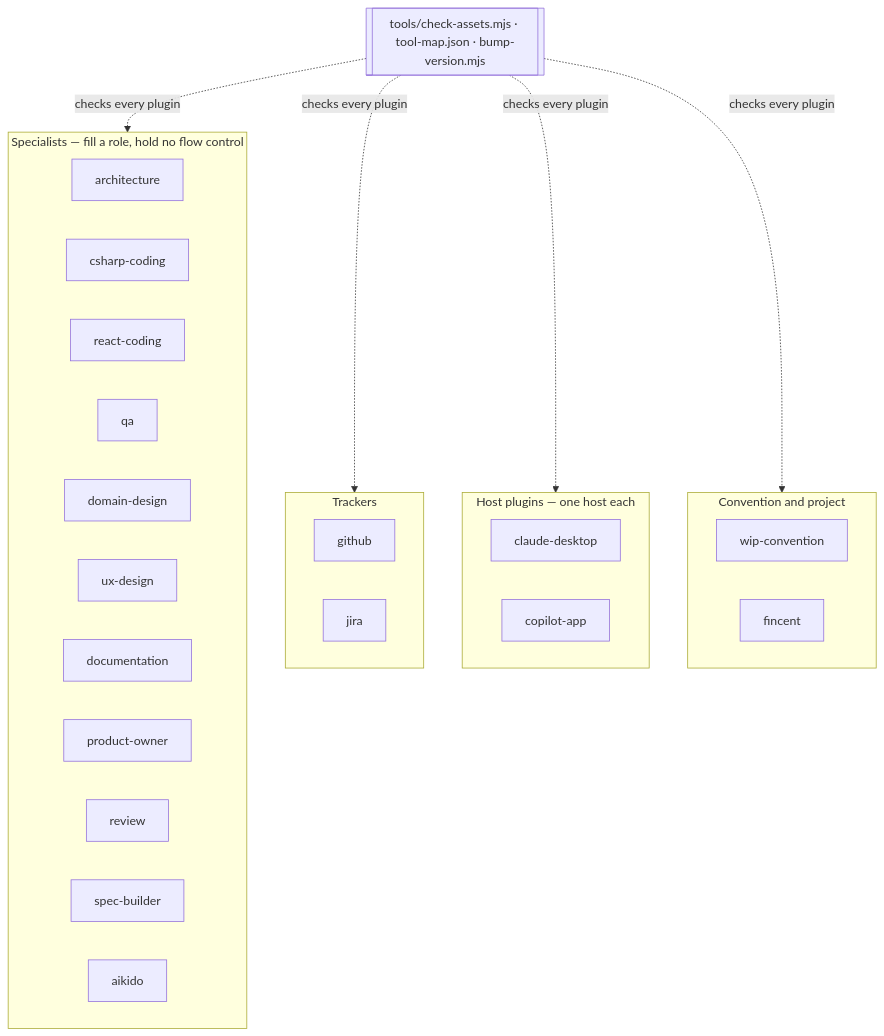
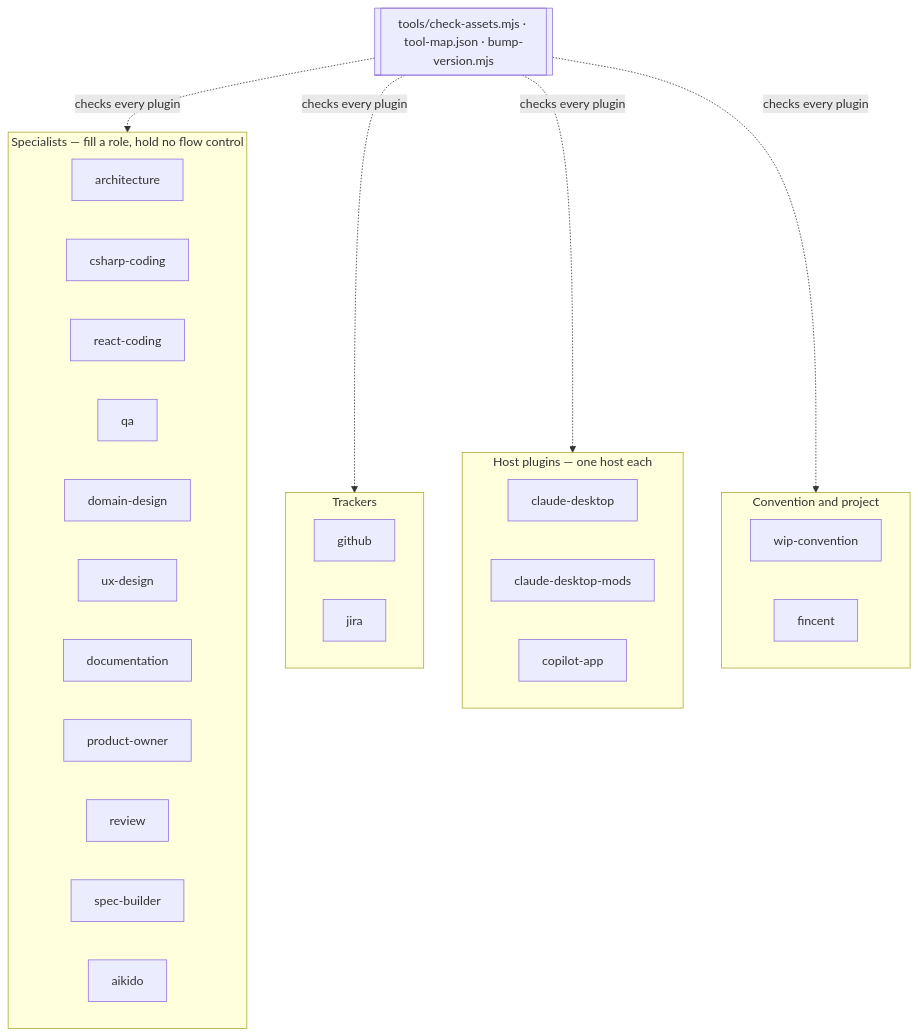
One commit to JSdotNet/ai-plugins changed the diagram in .devbook/arc42/05-building-block-view.md. Above: the diagram before and after it, drawn with Mermaid. The commit also changed other lines of this file and 18 other files, not shown here.

First line of the commit message:
refactor: move the handoff hooks into a claude-desktop-mods plugin

````diff
--- a/.devbook/arc42/05-building-block-view.md
+++ b/.devbook/arc42/05-building-block-view.md
@@ -13,21 +13,21 @@
 ```mermaid
 flowchart TB
     subgraph specialists[Specialists — fill a role, hold no flow control]
         direction LR
         architecture & csharp[csharp-coding] & react[react-coding] & qa & domain[domain-design] & ux[ux-design] & documentation & po[product-owner] & review & spec[spec-builder] & aikido
     end
     subgraph trackers[Trackers]
         direction LR
         github & jira
     end
     subgraph hosts[Host plugins — one host each]
         direction LR
-        cd[claude-desktop] & ca[copilot-app]
+        cd[claude-desktop] & cdm[claude-desktop-mods] & ca[copilot-app]
     end
     subgraph other[Convention and project]
         direction LR
         wip[wip-convention] & fincent
     end
     tooling[[tools/check-assets.mjs · tool-map.json · bump-version.mjs]]
     tooling -. checks every plugin .-> specialists & trackers & hosts & other
 ```
````
